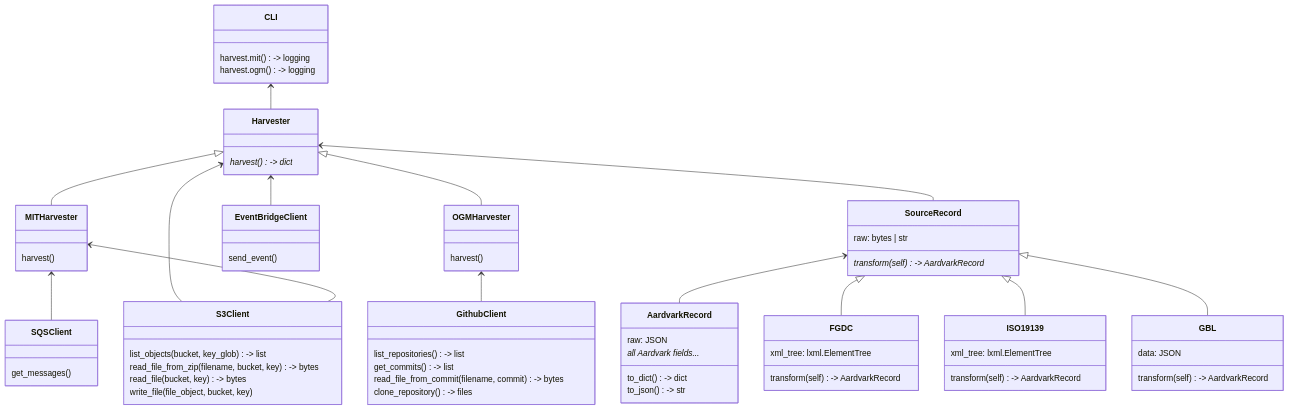
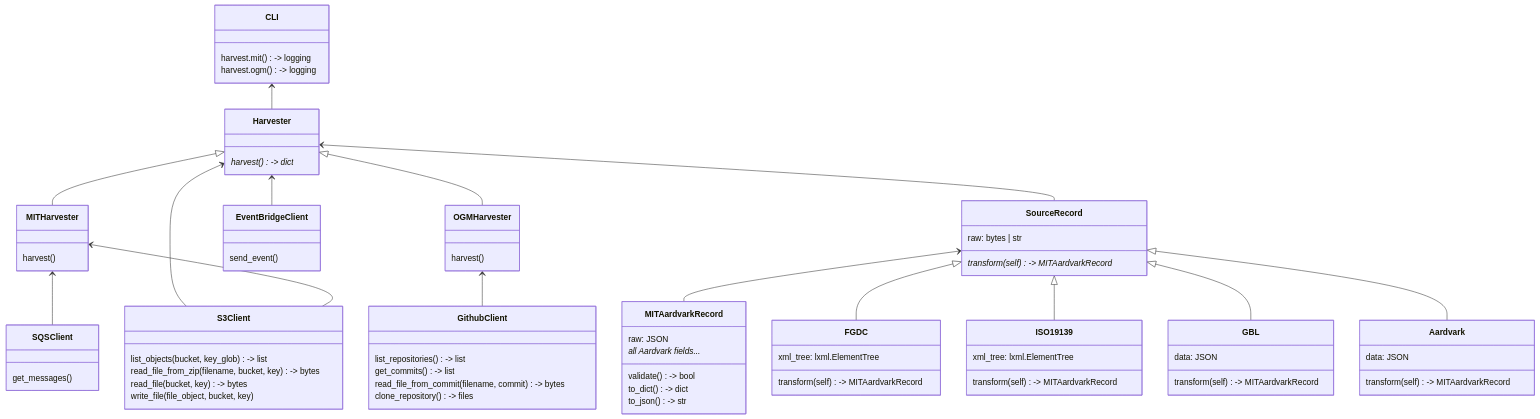
The diagram in docs/architecture.md (MITLibraries/geo-harvester), drawn with Mermaid before and after one commit.

Commit message:
add MITAardvark class

````diff
--- a/docs/architecture.md
+++ b/docs/architecture.md
@@ -5,75 +5,81 @@
 ```mermaid
 classDiagram
     class CLI{
         harvest.mit() -> logging
         harvest.ogm() -> logging
     }
     class MITHarvester{
         harvest()
     }
     class OGMHarvester{
         harvest()
     }
     class Harvester{
         harvest()* -> dict
     }
     class SQSClient {
         get_messages()
     }
     class EventBridgeClient {
         send_event()
     }
     class S3Client {
         list_objects(bucket, key_glob) -> list
         read_file_from_zip(filename, bucket, key) -> bytes
         read_file(bucket, key) -> bytes
         write_file(file_object, bucket, key)
     }
     class GithubClient {
         list_repositories() -> list
         get_commits() -> list
         read_file_from_commit(filename, commit) -> bytes
         clone_repository() -> files
     }
-    class AardvarkRecord {
+    class MITAardvarkRecord {
         raw: JSON
         all Aardvark fields...*
+        validate() -> bool
         to_dict() -> dict
         to_json() -> str
     }
     class SourceRecord{
         raw: bytes | str
-        transform(self)* -> AardvarkRecord
+        transform(self)* -> MITAardvarkRecord
     }
     class FGDC{
         xml_tree: lxml.ElementTree
-        transform(self) -> AardvarkRecord
+        transform(self) -> MITAardvarkRecord
     }
     class ISO19139{
         xml_tree: lxml.ElementTree
-        transform(self) -> AardvarkRecord
+        transform(self) -> MITAardvarkRecord
     }
     class GBL{
         data: JSON
-        transform(self) -> AardvarkRecord
+        transform(self) -> MITAardvarkRecord
+    }
+    class Aardvark{
+        data: JSON
+        transform(self) -> MITAardvarkRecord
     }
     
     CLI <-- Harvester
     
     Harvester <|-- MITHarvester
     Harvester <|-- OGMHarvester
     
     Harvester <-- SourceRecord
     Harvester <-- S3Client
     Harvester <-- EventBridgeClient
     
     MITHarvester <-- SQSClient
     MITHarvester <-- S3Client
 
     OGMHarvester <-- GithubClient
     
-    SourceRecord <-- AardvarkRecord
+    SourceRecord <-- MITAardvarkRecord
     SourceRecord <|-- FGDC
     SourceRecord <|-- ISO19139
     SourceRecord <|-- GBL
+    SourceRecord <|-- Aardvark
 ```
````
